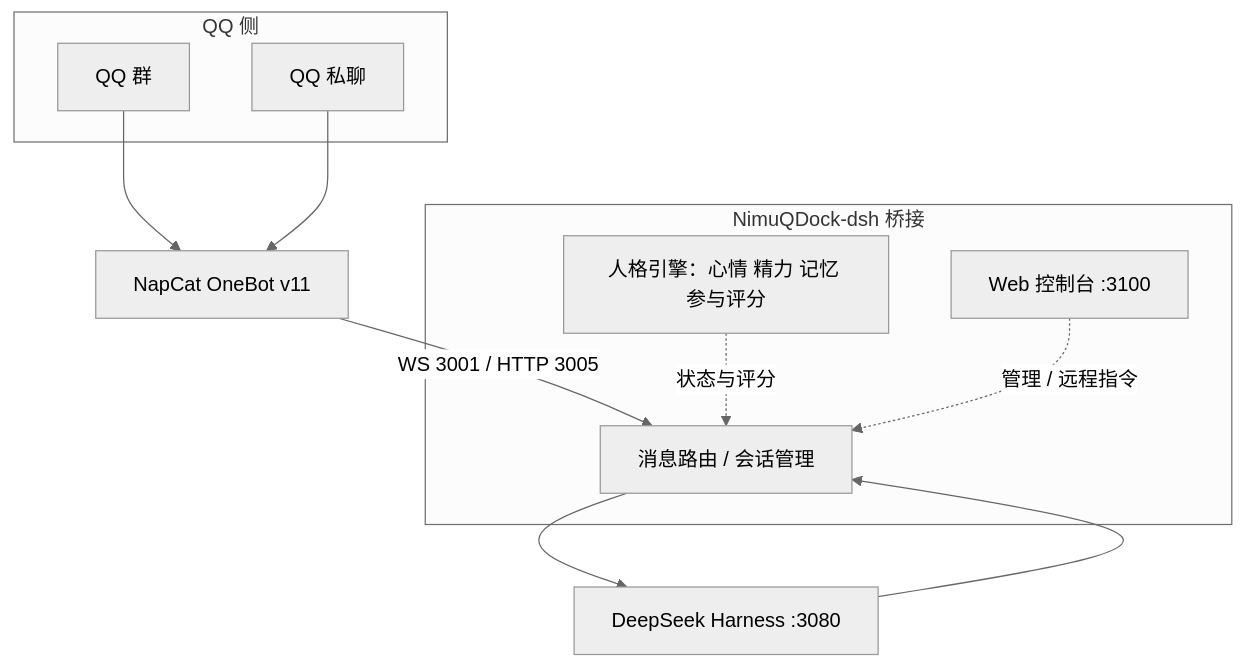
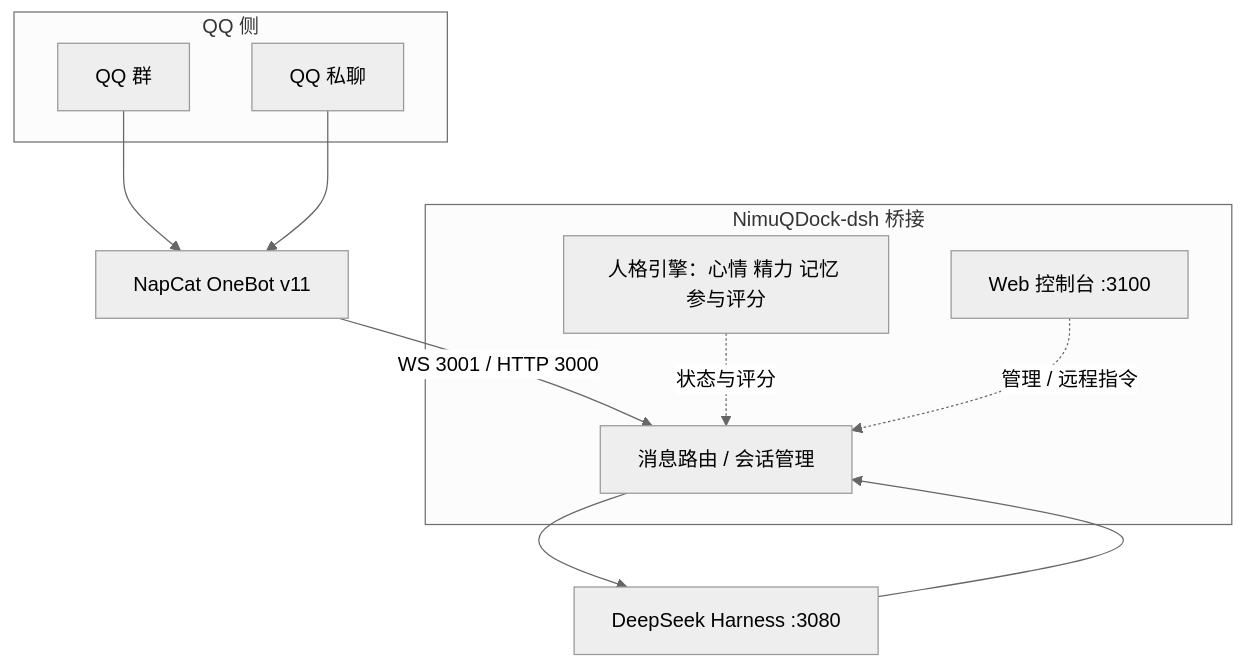
One commit to NimuStudio/NimuQDock-dsh changed the diagram in README.md. Above: the diagram before and after it, drawn with Mermaid (neutral theme). The commit also changed other lines of this file and 9 other files, not shown here.

````diff
--- a/README.md
+++ b/README.md
@@ -59,22 +85,22 @@
 ```mermaid
 flowchart TB
     subgraph QQ["QQ 侧"]
         G["QQ 群"]
         P["QQ 私聊"]
     end
     NC["NapCat OneBot v11"]
     subgraph BRIDGE["NimuQDock-dsh 桥接"]
         R["消息路由 / 会话管理"]
         PE["人格引擎：心情 精力 记忆 参与评分"]
         CON["Web 控制台 :3100"]
     end
     DSH["DeepSeek Harness :3080"]
 
     G --> NC
     P --> NC
-    NC -->|WS 3001 / HTTP 3005| R
+    NC -->|WS 3001 / HTTP 3000| R
     PE -.状态与评分.-> R
     CON -.管理 / 远程指令.-> R
     R --> DSH
     DSH --> R
 ```
````
